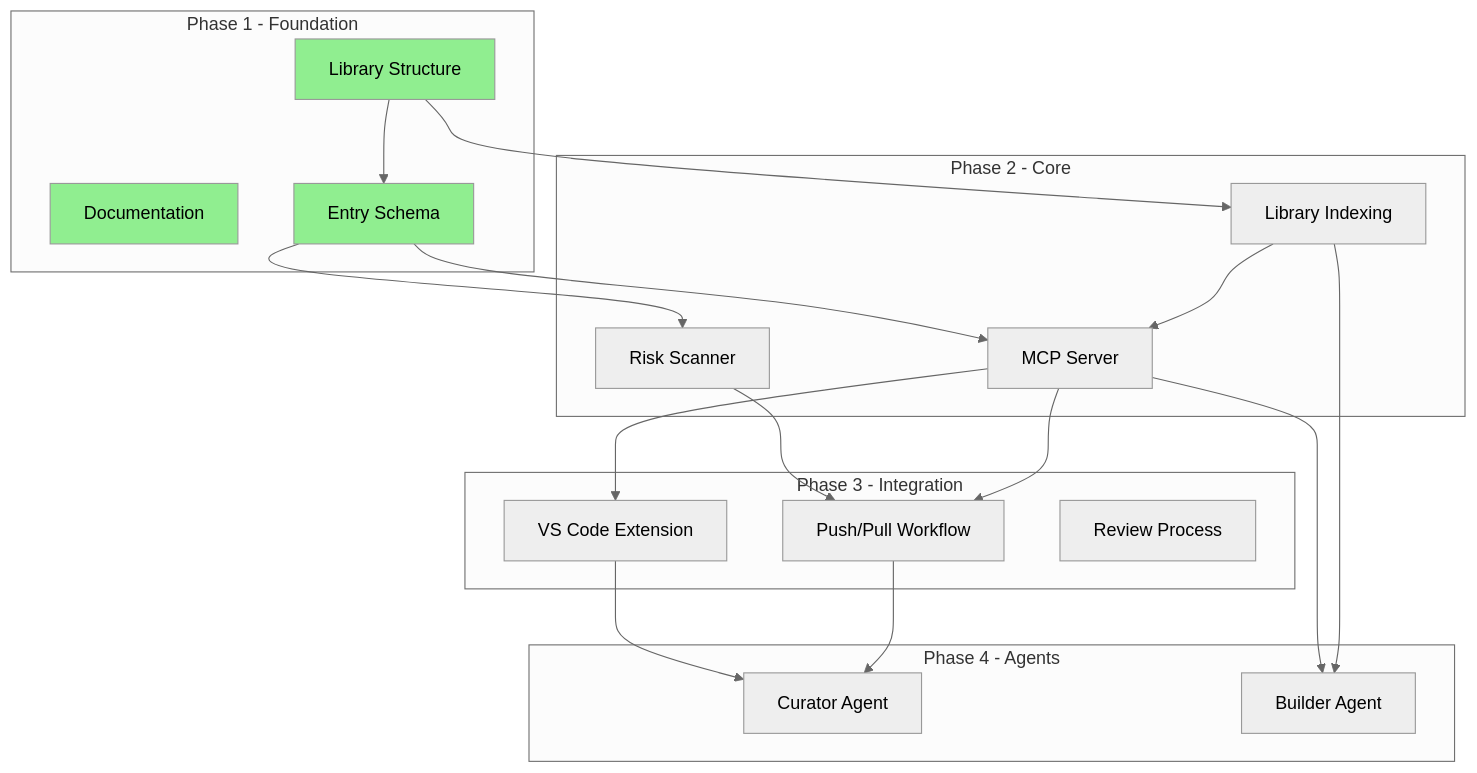
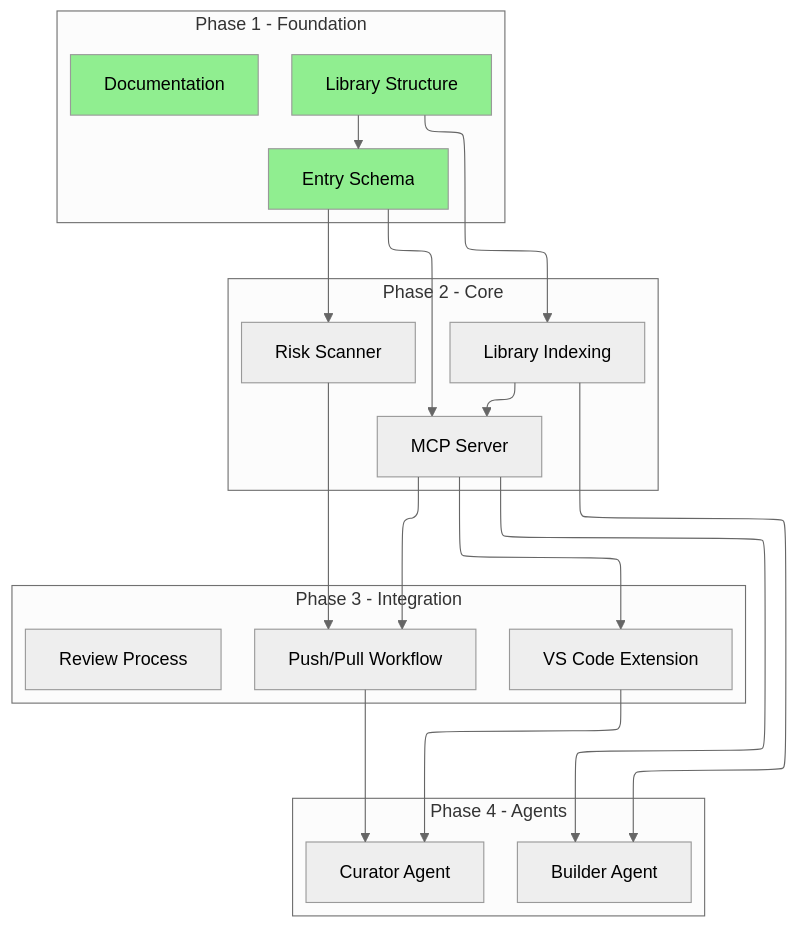
One commit to phantom-man/PROVES_LIBRARY changed the second of 2 diagrams in docs/TASKS.md. Above: the diagram before and after it, drawn with Mermaid (neutral theme). The commit also changed other lines of this file and 10 other files, not shown here.

Commit message:
Convert mermaid flowcharts to flowchart-elk

````diff
--- a/docs/TASKS.md
+++ b/docs/TASKS.md
@@ -26,44 +26,44 @@
 ```mermaid
-graph TB
+flowchart-elk TB
     subgraph Phase1[Phase 1 - Foundation]
         P1A[Library Structure]
         P1B[Documentation]
         P1C[Entry Schema]
     end
 
     subgraph Phase2[Phase 2 - Core]
         P2A[MCP Server]
         P2B[Risk Scanner]
         P2C[Library Indexing]
     end
 
     subgraph Phase3[Phase 3 - Integration]
         P3A[VS Code Extension]
         P3B[Push/Pull Workflow]
         P3C[Review Process]
     end
 
     subgraph Phase4[Phase 4 - Agents]
         P4A[Curator Agent]
         P4B[Builder Agent]
     end
 
     P1A --> P1C
     P1C --> P2A
     P1C --> P2B
     P1A --> P2C
 
     P2A --> P3A
     P2B --> P3B
     P2A --> P3B
     P2C --> P2A
 
     P3A --> P4A
     P3B --> P4A
     P2A --> P4B
     P2C --> P4B
 
     style P1A fill:#90EE90
     style P1B fill:#90EE90
     style P1C fill:#90EE90
 ```
````
